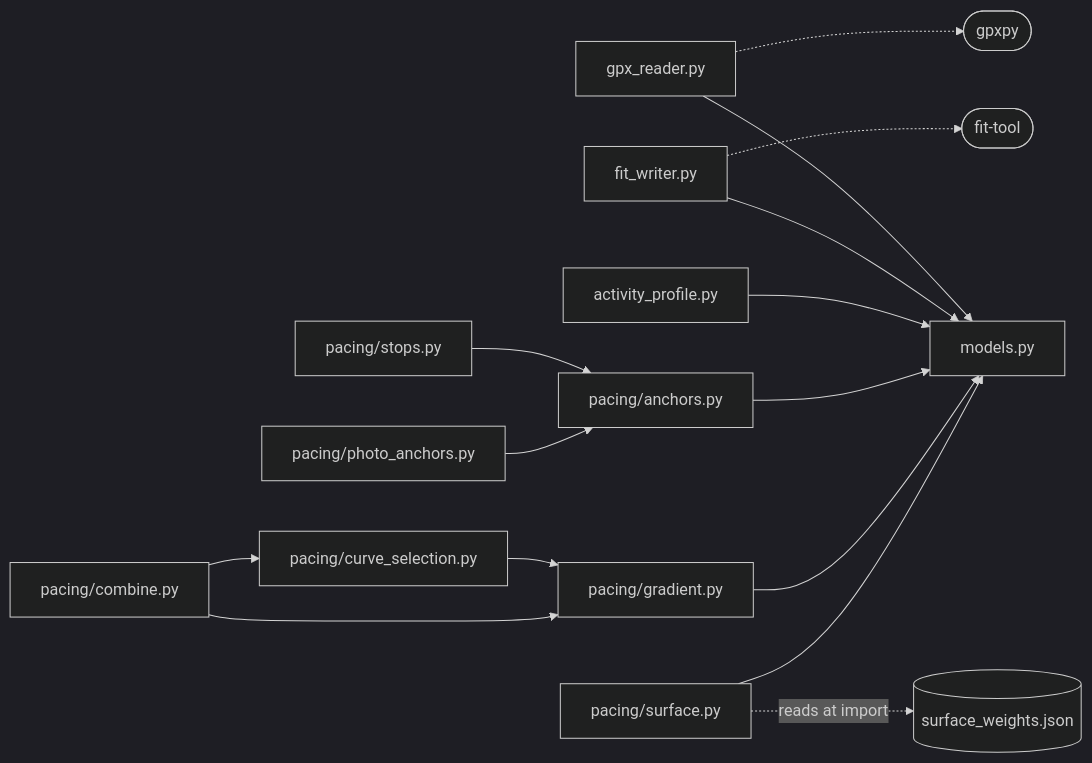
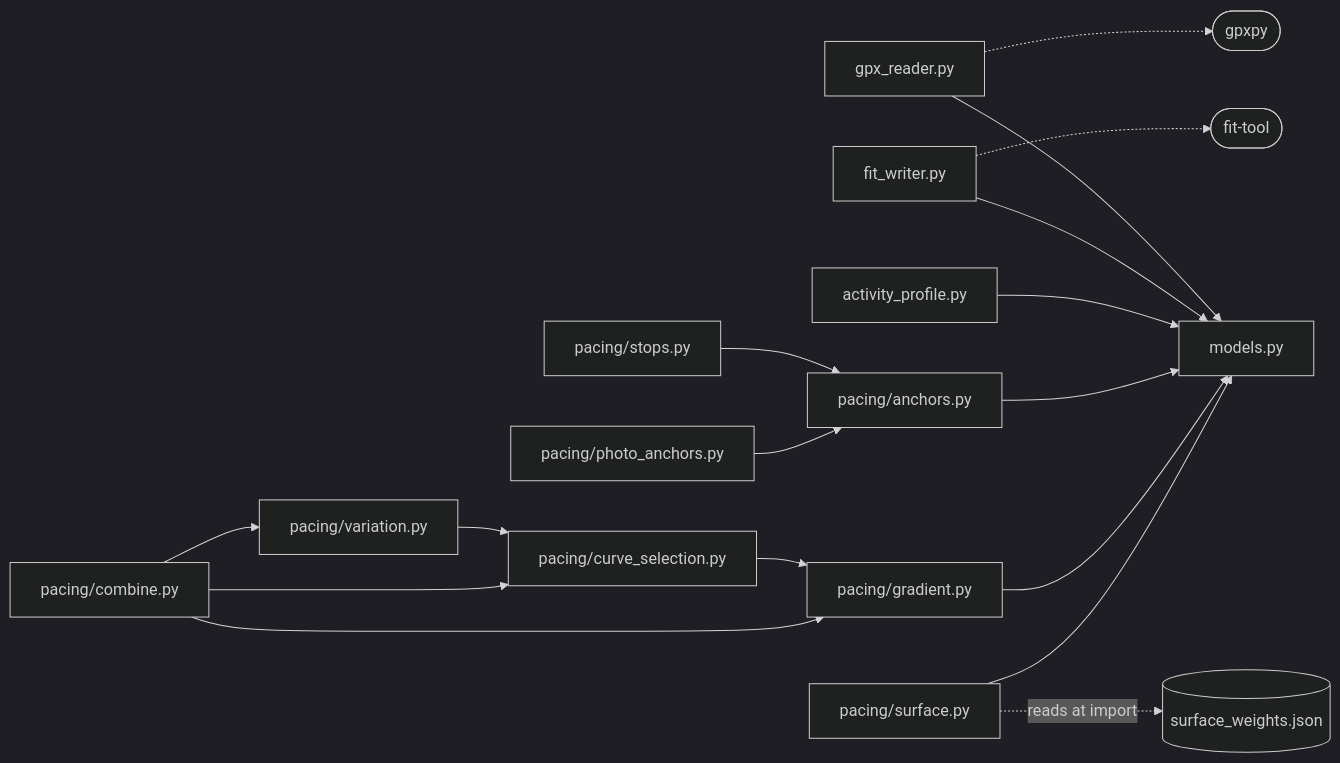
The third of 15 diagrams in docs/ARCHITECTURE.md (martin-iflap/GPX_to_FIT), drawn with Mermaid (dark theme) before and after one commit. The commit also changed other lines of this file and 9 other files, not shown here.

````diff
--- a/docs/ARCHITECTURE.md
+++ b/docs/ARCHITECTURE.md
@@ -232,18 +233,20 @@
 ```mermaid
 flowchart LR
   models["models.py"]
   gpx["gpx_reader.py"] --> models
   fitw["fit_writer.py"] --> models
   prof["activity_profile.py"] --> models
   anchors["pacing/anchors.py"] --> models
   stops["pacing/stops.py"] --> anchors
   photo["pacing/photo_anchors.py"] --> anchors
   gradient["pacing/gradient.py"] --> models
   cs["pacing/curve_selection.py"] --> gradient
   surface["pacing/surface.py"] --> models
   surface -. "reads at import" .-> sw[("surface_weights.json")]
+  variation["pacing/variation.py"] --> cs
   combine["pacing/combine.py"] --> cs
   combine --> gradient
+  combine --> variation
   gpx -.-> gpxpy(["gpxpy"])
   fitw -.-> fittool(["fit-tool"])
 ```
````
